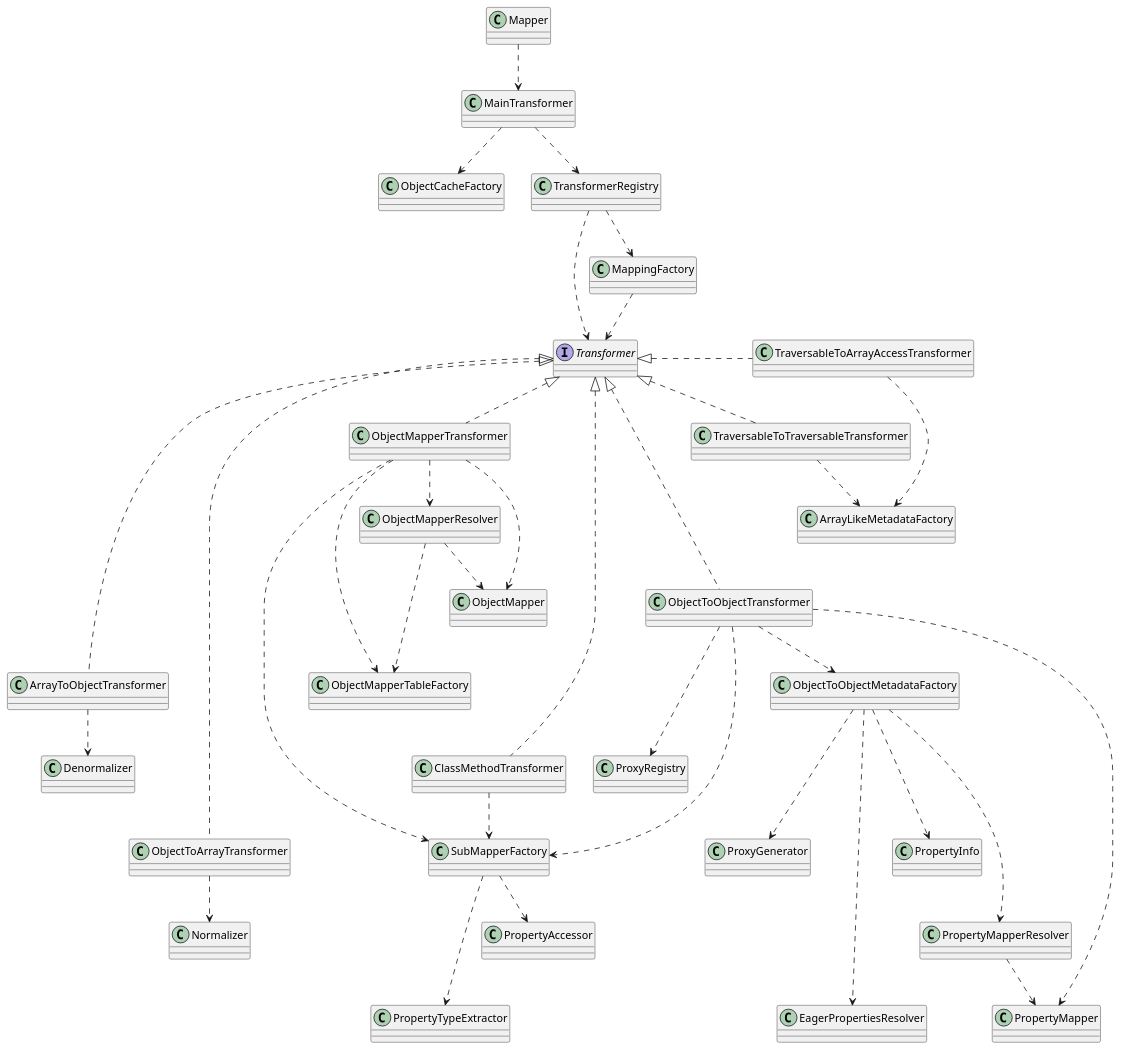
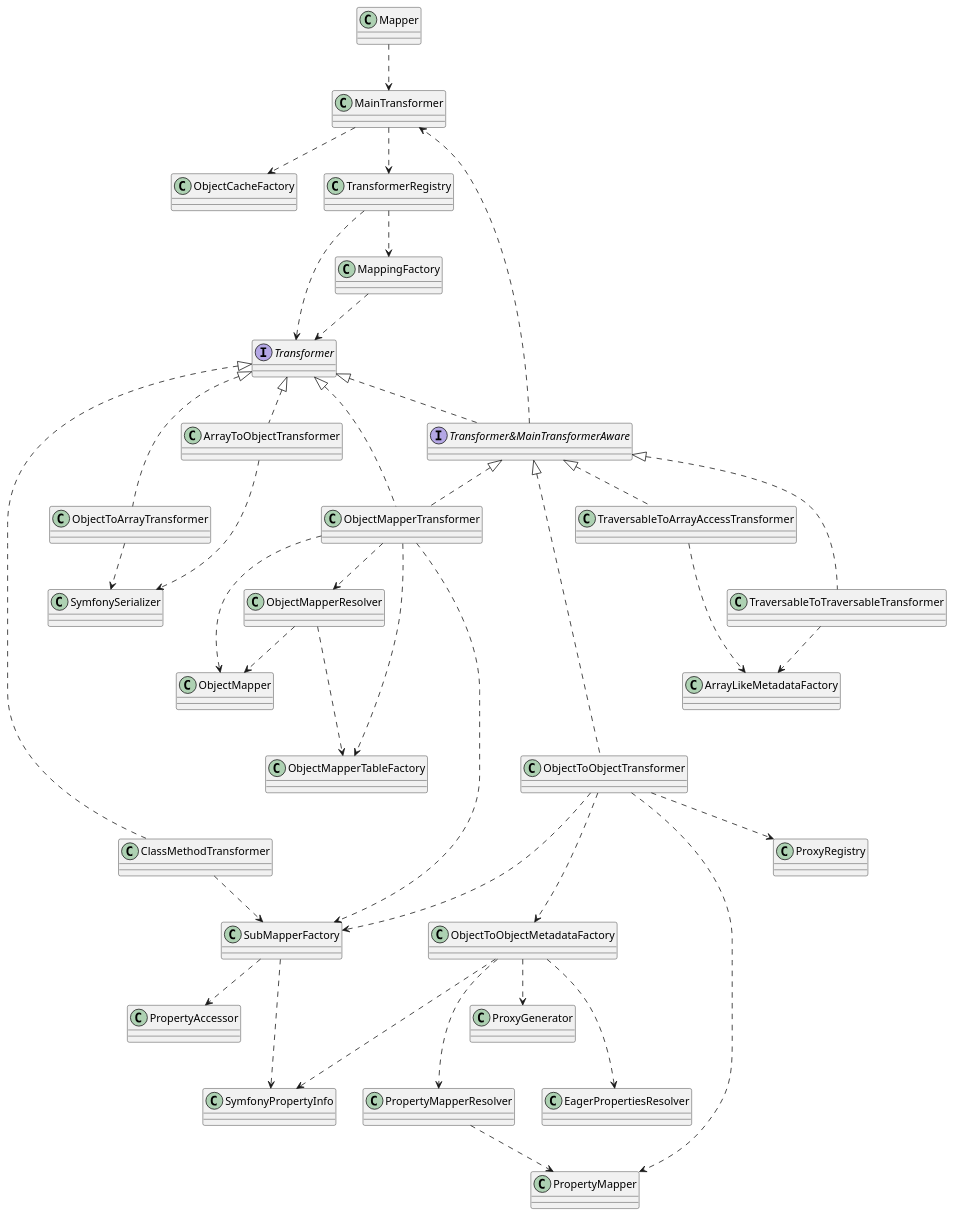
Before and after one commit to rekalogika/rekalogika.dev: the diagram in diagrams/mapper.wsd, drawn with PlantUML. The commit also changed 3 other files, not shown here.

```diff
--- a/diagrams/mapper.wsd
+++ b/diagrams/mapper.wsd
@@ -1,71 +1,77 @@
 @startuml mapper
 
 class Mapper
 Mapper ..> MainTransformer
 
 class MainTransformer
 MainTransformer ..> ObjectCacheFactory
 MainTransformer ..> TransformerRegistry
 ' MainTransformer ..> TypeResolver
 
+
 TransformerRegistry ..> Transformer
 ' TransformerRegistry ..> TypeResolver
 TransformerRegistry ..> MappingFactory
 
 interface Transformer
 
+interface Transformer&MainTransformerAware
+Transformer <|.. "Transformer&MainTransformerAware"
+"Transformer&MainTransformerAware" ..> MainTransformer
+
 class ArrayToObjectTransformer
-ArrayToObjectTransformer ..> Denormalizer
-Transformer <|..... ArrayToObjectTransformer
+ArrayToObjectTransformer ..> SymfonySerializer
+Transformer <|.. ArrayToObjectTransformer
 
 class ObjectToArrayTransformer
-ObjectToArrayTransformer ..> Normalizer
-Transformer <|....... ObjectToArrayTransformer
+ObjectToArrayTransformer ..> SymfonySerializer
+Transformer <|... ObjectToArrayTransformer
 
 class ClassMethodTransformer
 ClassMethodTransformer ..> SubMapperFactory
-Transformer <|...... ClassMethodTransformer
+Transformer <|..... ClassMethodTransformer
 
 class ObjectMapperTransformer implements Transformer
-ObjectMapperTransformer ..> SubMapperFactory
+"Transformer&MainTransformerAware" <|.. ObjectMapperTransformer
+ObjectMapperTransformer .....> SubMapperFactory
 ObjectMapperTransformer ....> ObjectMapperTableFactory  
 ObjectMapperTransformer ..> ObjectMapperResolver
 ObjectMapperTransformer ..> ObjectMapper
 
 ObjectMapperResolver ..> ObjectMapper
 
 class ObjectToObjectTransformer
-ObjectToObjectTransformer ...> ProxyRegistry
+"Transformer&MainTransformerAware" <|..... ObjectToObjectTransformer
+ObjectToObjectTransformer ..> ProxyRegistry
 ObjectToObjectTransformer ..> ObjectToObjectMetadataFactory
-ObjectToObjectTransformer ..> PropertyMapper
-ObjectToObjectTransformer ..> SubMapperFactory
-Transformer <|.... ObjectToObjectTransformer
+ObjectToObjectTransformer ......> PropertyMapper
+ObjectToObjectTransformer ...> SubMapperFactory
 
-ObjectToObjectMetadataFactory ...> PropertyInfo
-ObjectToObjectMetadataFactory ....> PropertyMapperResolver
-ObjectToObjectMetadataFactory ...> ProxyGenerator
-ObjectToObjectMetadataFactory .....> EagerPropertiesResolver
+ObjectToObjectMetadataFactory ...> EagerPropertiesResolver
+ObjectToObjectMetadataFactory ...> SymfonyPropertyInfo
+ObjectToObjectMetadataFactory ...> PropertyMapperResolver
+ObjectToObjectMetadataFactory ..> ProxyGenerator
 ' ObjectToObjectMetadataFactory ..> TypeResolver
 
 class TraversableToArrayAccessTransformer
+"Transformer&MainTransformerAware" <|.. TraversableToArrayAccessTransformer
 TraversableToArrayAccessTransformer ..> ArrayLikeMetadataFactory
-Transformer <|. TraversableToArrayAccessTransformer
 
 class TraversableToTraversableTransformer
+"Transformer&MainTransformerAware" <|... TraversableToTraversableTransformer
 TraversableToTraversableTransformer ..> ArrayLikeMetadataFactory
-Transformer <|.. TraversableToTraversableTransformer
 
 PropertyMapperResolver ..> PropertyMapper
 
 ' ObjectCacheFactory ..> TypeResolver
 
 ' MappingFactory ..> TypeResolver
 MappingFactory ..> Transformer
 
 ObjectMapperResolver ..> ObjectMapperTableFactory
 
-SubMapperFactory ...> PropertyTypeExtractor
+SubMapperFactory ...> SymfonyPropertyInfo
 SubMapperFactory ..> PropertyAccessor
 
 
 @enduml
```
